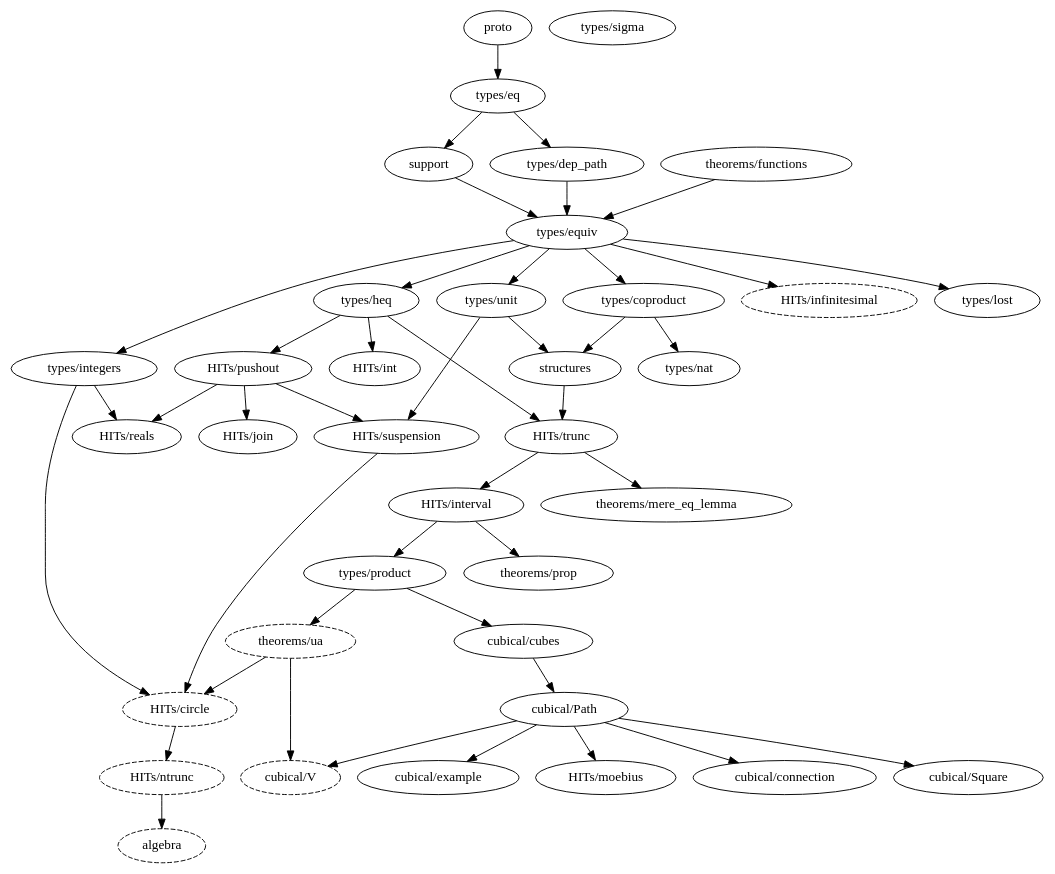
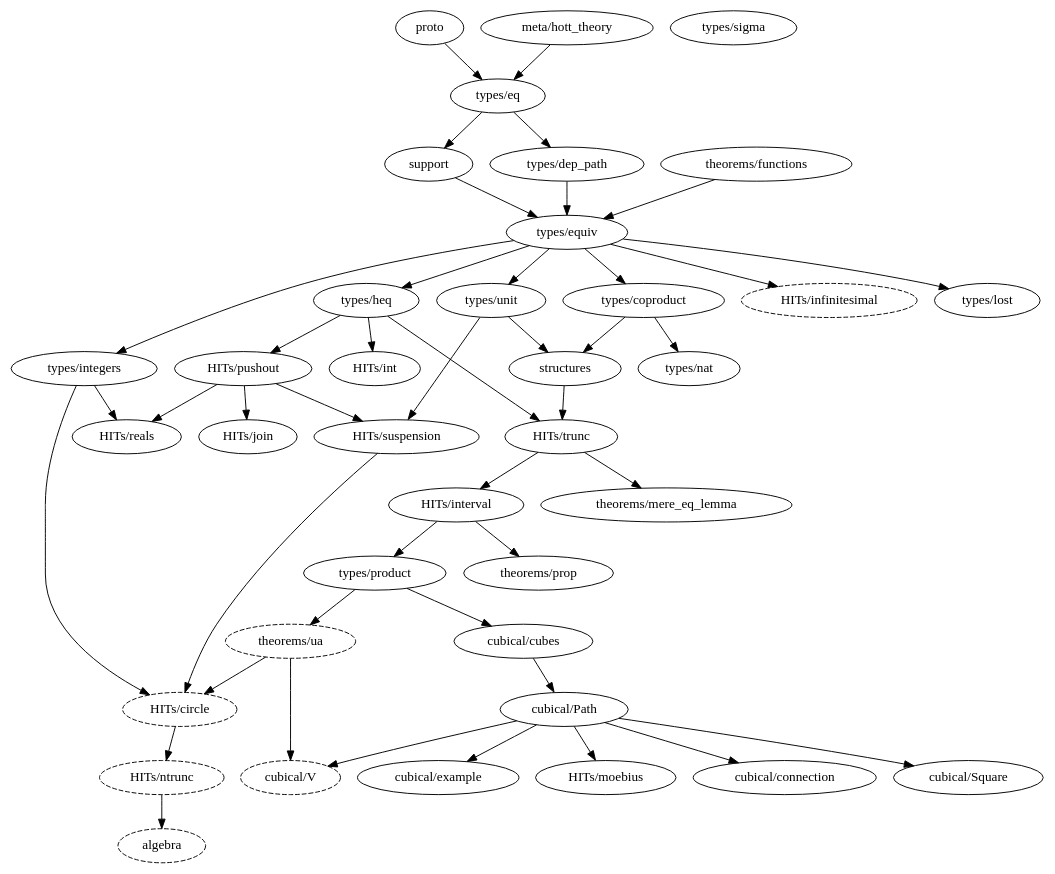
Before and after one commit to forked-from-1kasper/ground_zero: the diagram in dependency_map.gv, drawn with Graphviz. The commit also changed 7 other files, not shown here.

```diff
--- a/dependency_map.gv
+++ b/dependency_map.gv
@@ -1,78 +1,79 @@
 digraph dependency_map {
   proto -> "types/eq"
+  "meta/hott_theory" -> "types/eq"
 
   algebra [style=dashed]
   "HITs/ntrunc" -> algebra
 
   "HITs/circle" [style=dashed]
   "types/integers" -> "HITs/circle"
   "HITs/suspension" -> "HITs/circle"
   "theorems/ua" -> "HITs/circle"
 
   "HITs/infinitesimal" [style=dashed]
   "types/equiv" -> "HITs/infinitesimal"
 
   "types/equiv" -> "types/coproduct"
   "types/eq" -> "types/dep_path"
 
   "cubical/Path" -> "cubical/connection"
   "types/product" -> "cubical/cubes"
   "cubical/cubes" -> "cubical/Path"
   "cubical/Path" -> "cubical/Square"
   "cubical/Path" -> "cubical/example"
 
   "cubical/V" [style=dashed]
   "theorems/ua" -> "cubical/V"
   "cubical/Path" -> "cubical/V"
 
   "types/equiv" -> "types/heq"
   "types/equiv" -> "types/integers"
 
   "types/dep_path" -> "types/equiv"
   support -> "types/equiv"
   "theorems/functions" -> "types/equiv"
 
   "types/heq" -> "HITs/int"
 
   "HITs/trunc" -> "HITs/interval"
 
   "HITs/pushout" -> "HITs/join"
 
   "cubical/Path" -> "HITs/moebius"
 
   "HITs/trunc" -> "theorems/mere_eq_lemma"
 
   "HITs/ntrunc" [style=dashed]
   "HITs/circle" -> "HITs/ntrunc"
 
   "HITs/interval" -> "types/product"
 
   "HITs/interval" -> "theorems/prop"
 
   "types/heq" -> "HITs/pushout"
 
   "HITs/pushout" -> "HITs/reals"
   "types/integers" -> "HITs/reals"
 
   "types/unit" -> structures
   "types/coproduct" -> structures
 
   "types/eq" -> support
 
   "HITs/pushout" -> "HITs/suspension"
   "types/unit" -> "HITs/suspension"
 
   structures -> "HITs/trunc"
   "types/heq" -> "HITs/trunc"
 
   "theorems/ua" [style=dashed]
   "types/product" -> "theorems/ua"
 
   "types/equiv" -> "types/unit"
 
   "types/coproduct" -> "types/nat"
 
   "types/equiv" -> "types/lost"
 
   "types/sigma"
 }
```
